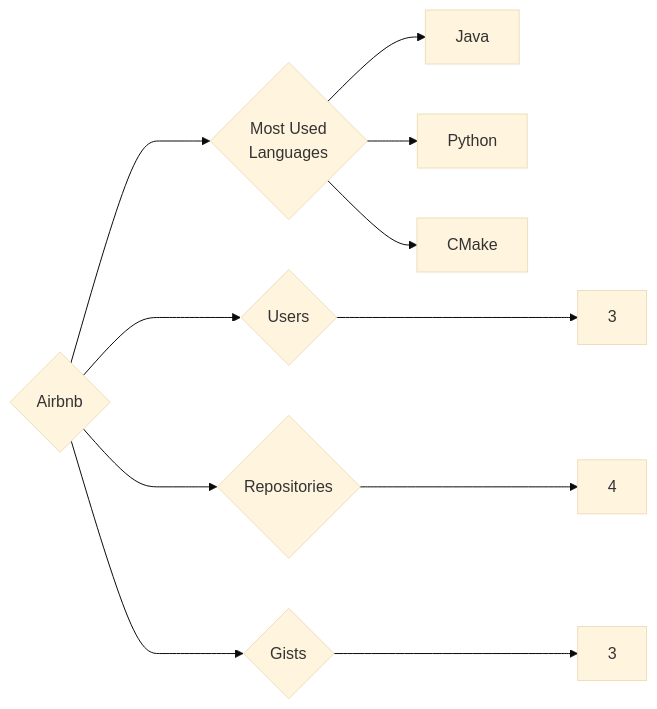
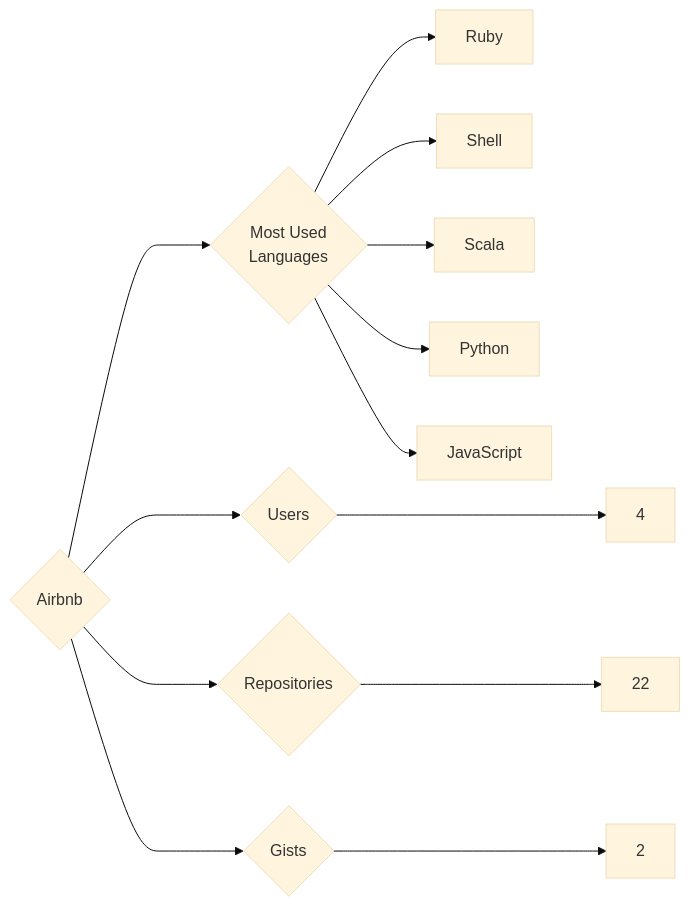
The diagram in targets/Airbnb/README.md (trickest/insiders), drawn with Mermaid (base theme) before and after one commit. The commit also changed 985 other files, not shown here.

````diff
--- a/targets/Airbnb/README.md
+++ b/targets/Airbnb/README.md
@@ -3,11 +3,13 @@
 ```mermaid
 graph LR
 COMPANY_NAME{Airbnb}
-COMPANY_NAME ---> U{Users} ---> UN[3]
-COMPANY_NAME ---> R{Repositories} ---> RN[4]
-COMPANY_NAME ---> G{Gists} ---> GN[3]
+COMPANY_NAME ---> U{Users} ---> UN[4]
+COMPANY_NAME ---> R{Repositories} ---> RN[22]
+COMPANY_NAME ---> G{Gists} ---> GN[2]
 COMPANY_NAME ---> ML{Most Used<br>Languages}
-ML --> Java[Java]
+ML --> Ruby[Ruby]
+ML --> Shell[Shell]
+ML --> Scala[Scala]
 ML --> Python[Python]
-ML --> CMake[CMake]
+ML --> JavaScript[JavaScript]
 ```
````
